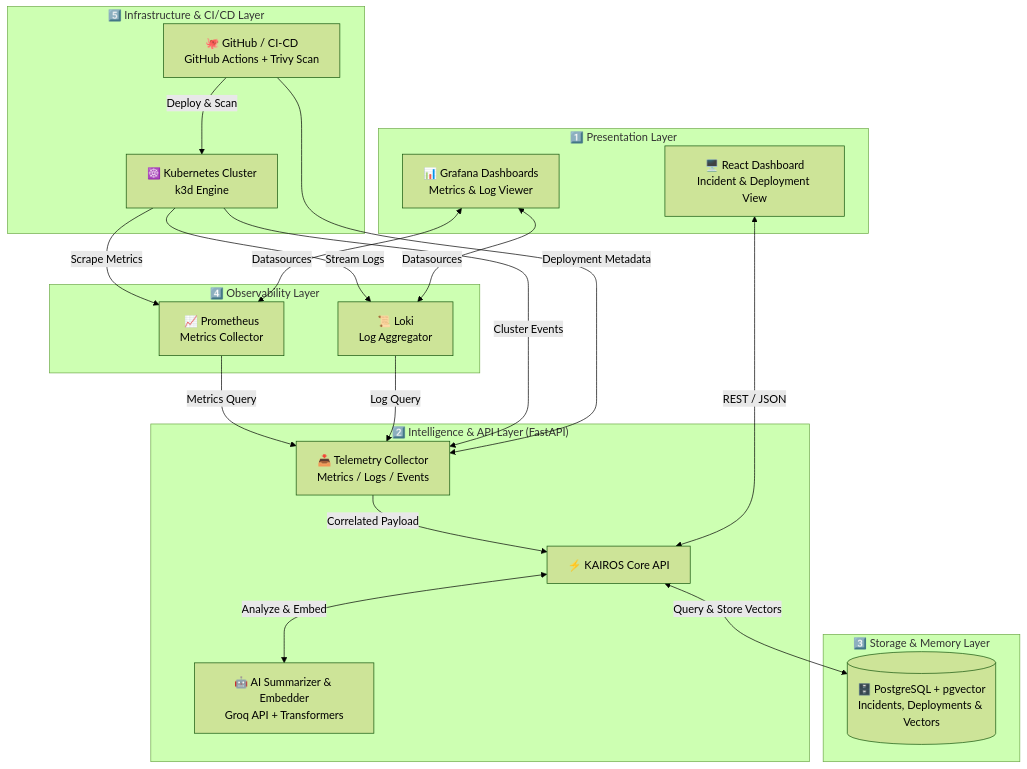
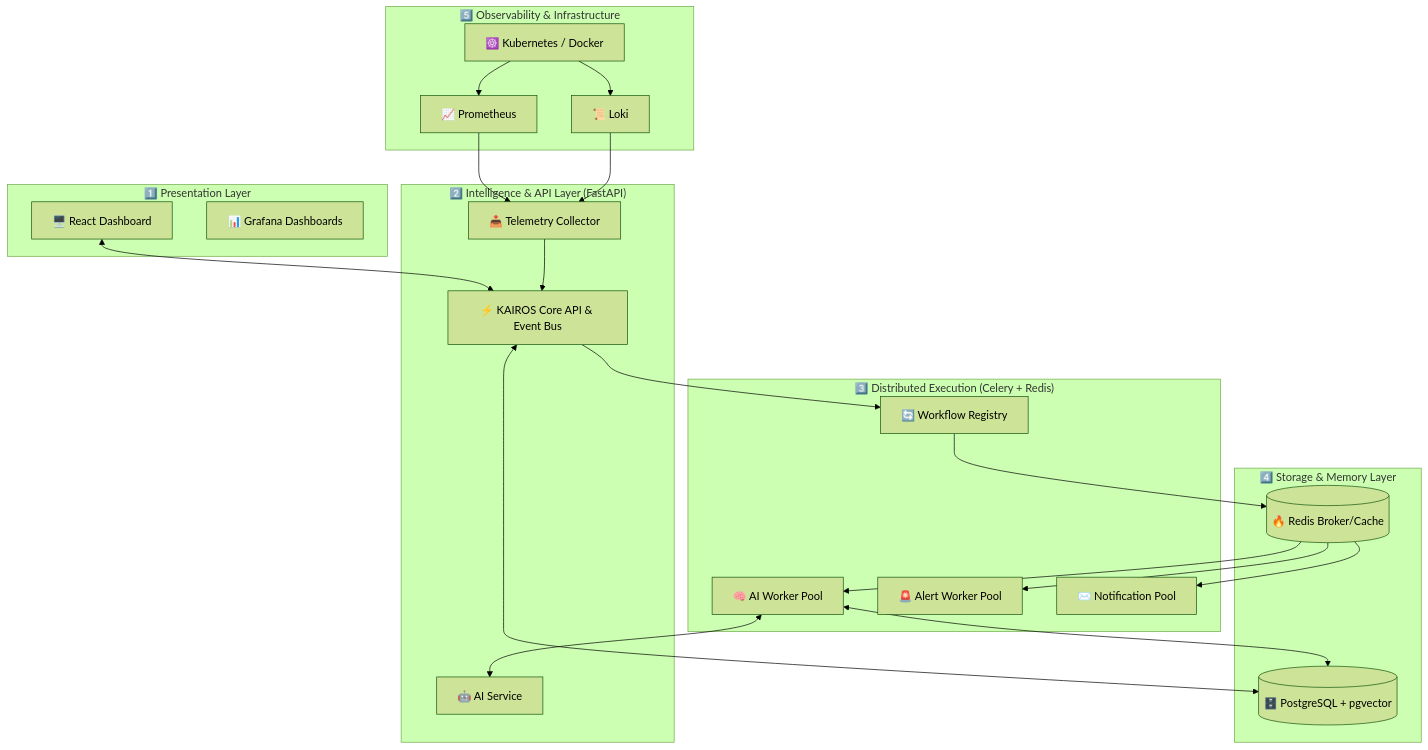
The diagram in README.md (bhargavatejagolla/Kairos), drawn with Mermaid (forest theme) before and after one commit. The commit also changed other lines of this file and 56 other files, not shown here.

````diff
--- a/README.md
+++ b/README.md
@@ -131,45 +130,49 @@
 ```mermaid
 graph TB
     subgraph "1️⃣ Presentation Layer"
-        UI[🖥️ React Dashboard<br/>Incident & Deployment View]
-        GRAF[📊 Grafana Dashboards<br/>Metrics & Log Viewer]
+        UI[🖥️ React Dashboard]
+        GRAF[📊 Grafana Dashboards]
     end
 
     subgraph "2️⃣ Intelligence & API Layer (FastAPI)"
-        API[⚡ KAIROS Core API]
-        COLL[📥 Telemetry Collector<br/>Metrics / Logs / Events]
-        AI[🤖 AI Summarizer & Embedder<br/>Groq API + Transformers]
+        API[⚡ KAIROS Core API & Event Bus]
+        COLL[📥 Telemetry Collector]
+        AI[🤖 AI Service]
     end
 
-    subgraph "3️⃣ Storage & Memory Layer"
-        PG[(🗄️ PostgreSQL + pgvector<br/>Incidents, Deployments & Vectors)]
+    subgraph "3️⃣ Distributed Execution (Celery + Redis)"
+        WK_AI[🧠 AI Worker Pool]
+        WK_AL[🚨 Alert Worker Pool]
+        WK_NT[✉️ Notification Pool]
+        REG[🔄 Workflow Registry]
     end
 
-    subgraph "4️⃣ Observability Layer"
-        PROM[📈 Prometheus<br/>Metrics Collector]
-        LOKI[📜 Loki<br/>Log Aggregator]
+    subgraph "4️⃣ Storage & Memory Layer"
+        PG[(🗄️ PostgreSQL + pgvector)]
+        RED[(🔥 Redis Broker/Cache)]
     end
 
-    subgraph "5️⃣ Infrastructure & CI/CD Layer"
-        GH[🐙 GitHub / CI-CD<br/>GitHub Actions + Trivy Scan]
-        K8S[☸️ Kubernetes Cluster<br/>k3d Engine]
+    subgraph "5️⃣ Observability & Infrastructure"
+        PROM[📈 Prometheus]
+        LOKI[📜 Loki]
+        K8S[☸️ Kubernetes / Docker]
     end
 
-    %% Data Flow Connections
-    GH -->|Deploy & Scan| K8S
-    K8S -->|Scrape Metrics| PROM
-    K8S -->|Stream Logs| LOKI
+    %% Flow Connections
+    UI <--> API
+    API --> REG
+    REG --> RED
+    RED --> WK_AI
+    RED --> WK_AL
+    RED --> WK_NT
     
-    PROM -->|Metrics Query| COLL
-    LOKI -->|Log Query| COLL
-    K8S -->|Cluster Events| COLL
-    GH -->|Deployment Metadata| COLL
+    WK_AI <--> AI
+    WK_AI <--> PG
+    API <--> PG
     
-    COLL -->|Correlated Payload| API
-    API <-->|Analyze & Embed| AI
-    API <-->|Query & Store Vectors| PG
-    
-    UI <-->|REST / JSON| API
-    GRAF <-->|Datasources| PROM
-    GRAF <-->|Datasources| LOKI
+    K8S --> PROM
+    K8S --> LOKI
+    PROM --> COLL
+    LOKI --> COLL
+    COLL --> API
 ```
````
